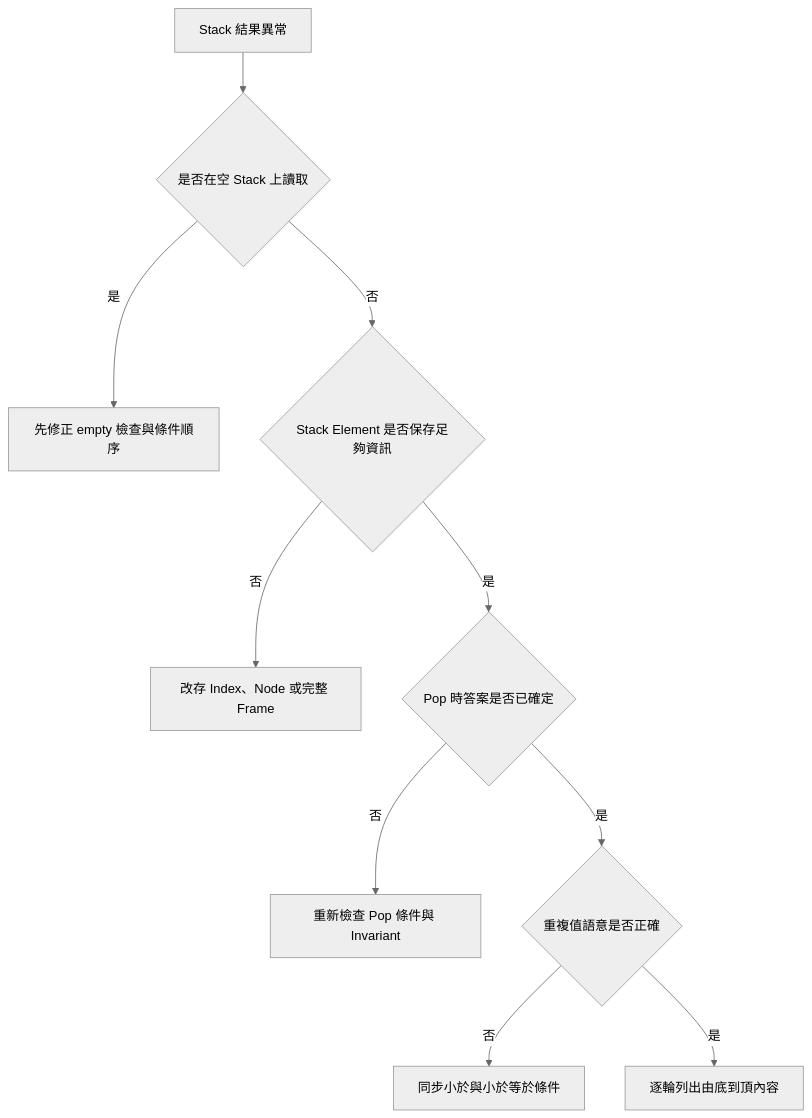
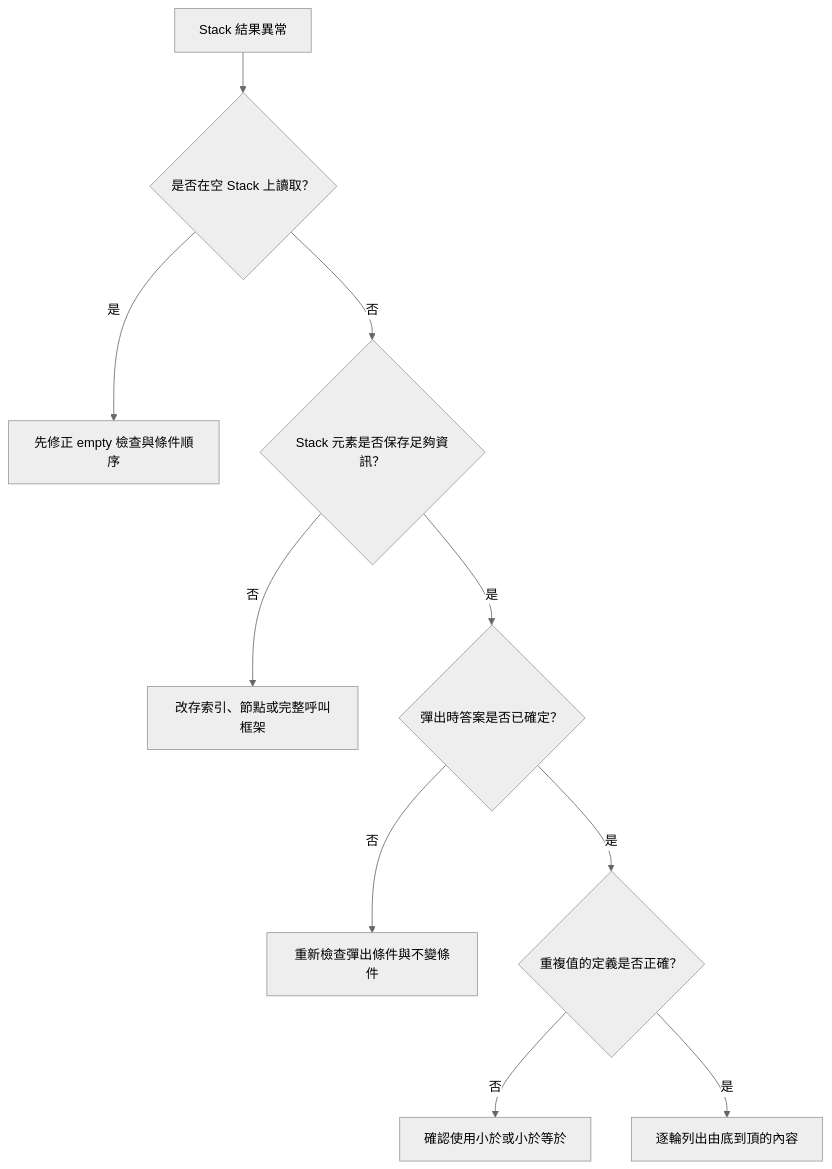
Diagram 16 of 16 in 02_data_structures/08_stack.md (davidchen0970/algorithm_note), drawn with Mermaid (neutral theme) before and after one commit. The commit also changed other lines of this file and 2 other files, not shown here.

````diff
--- a/02_data_structures/08_stack.md
+++ b/02_data_structures/08_stack.md
@@ -1296,12 +1314,12 @@
 ```mermaid
 flowchart TD
-    A[Stack 結果異常] --> B{是否在空 Stack 上讀取}
-    B -->|是| C[先修正 empty 檢查與條件順序]
-    B -->|否| D{Stack Element 是否保存足夠資訊}
-    D -->|否| E[改存 Index、Node 或完整 Frame]
-    D -->|是| F{Pop 時答案是否已確定}
-    F -->|否| G[重新檢查 Pop 條件與 Invariant]
-    F -->|是| H{重複值語意是否正確}
-    H -->|否| I[同步小於與小於等於條件]
-    H -->|是| J[逐輪列出由底到頂內容]
+    A["Stack 結果異常"] --> B{"是否在空 Stack 上讀取？"}
+    B -->|是| C["先修正 empty 檢查與條件順序"]
+    B -->|否| D{"Stack 元素是否保存足夠資訊？"}
+    D -->|否| E["改存索引、節點或完整呼叫框架"]
+    D -->|是| F{"彈出時答案是否已確定？"}
+    F -->|否| G["重新檢查彈出條件與不變條件"]
+    F -->|是| H{"重複值的定義是否正確？"}
+    H -->|否| I["確認使用小於或小於等於"]
+    H -->|是| J["逐輪列出由底到頂的內容"]
 ```
````
